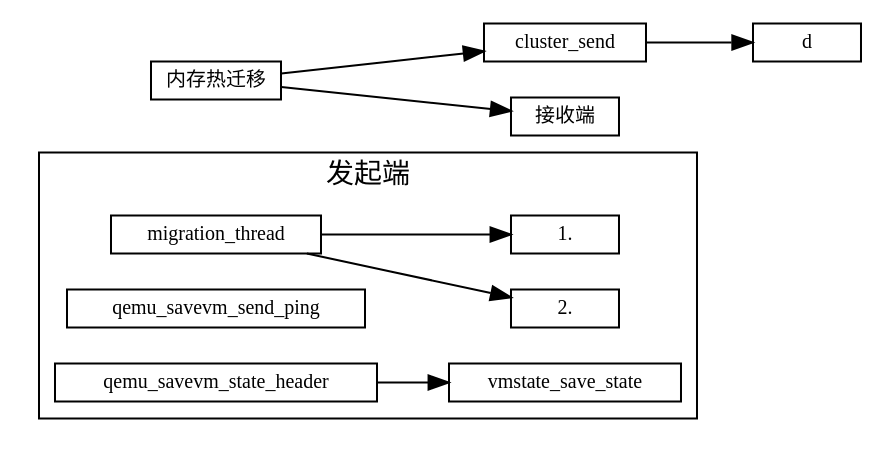
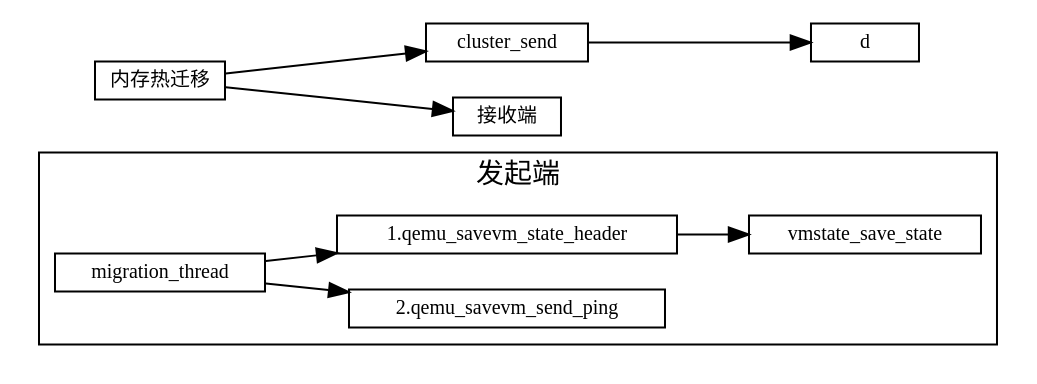
Before and after one commit to sisyphus1212/note: the diagram in 虚拟化/热迁移/1-内存热迁移.md, drawn with Graphviz.

Commit message:
auto_update

````diff
--- a/虚拟化/热迁移/1-内存热迁移.md
+++ b/虚拟化/热迁移/1-内存热迁移.md
@@ -11,22 +11,22 @@
 ```graphviz
 digraph 热迁移 {
 fontname="Helvetica,Arial,sans-serif"
 //node [fontname="Helvetica,Arial,sans-serif"]
 edge [fontname="Helvetica,Arial,sans-serif"]
 rankdir="LR"
 node [fontsize=10, shape=box, height=0.25]
 edge [fontsize=10]
 
   subgraph cluster_send {
     label="发起端";
-    migration_thread -> 2.qemu_savevm_send_ping
-    migration_thread -> 1.qemu_savevm_state_header -> vmstate_save_state
+    migration_thread -> "2.qemu_savevm_send_ping"
+    migration_thread -> "1.qemu_savevm_state_header" -> vmstate_save_state
   }
 
 内存热迁移 [label="内存热迁移"]
 内存热迁移 -> cluster_send
            -> d
 
 内存热迁移 -> 接收端
 }
 ```
````
